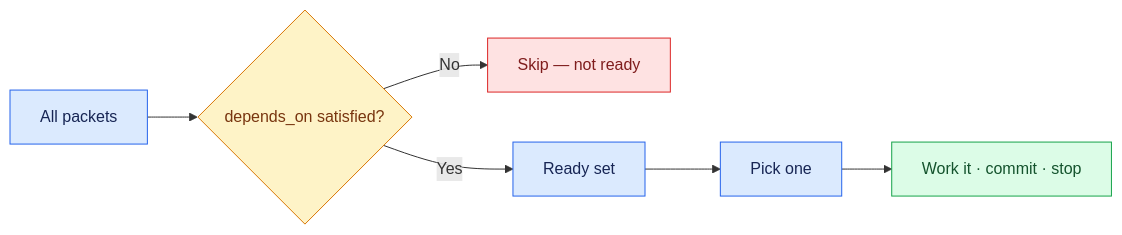
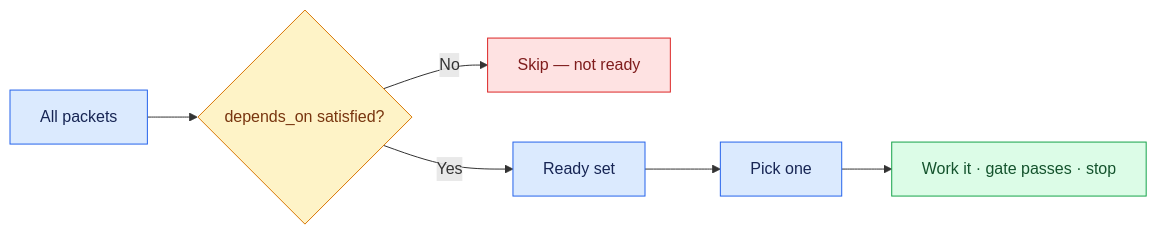
The diagram in live/d3/05-ready-set.md (emersonnaka/uc-transact-co), drawn with Mermaid before and after one commit. The commit also changed other lines of this file and 4 other files, not shown here.

````diff
--- a/live/d3/05-ready-set.md
+++ b/live/d3/05-ready-set.md
@@ -15,18 +17,18 @@
 ```mermaid
 flowchart LR
     A[All packets] --> B{depends_on satisfied?}
     B -->|No| C[Skip — not ready]
     B -->|Yes| D[Ready set]
     D --> E[Pick one]
-    E --> F[Work it · commit · stop]
+    E --> F[Work it · gate passes · stop]
 
     classDef spec fill:#DBEAFE,stroke:#2563EB,color:#172554
     classDef gate fill:#FEF3C7,stroke:#D97706,color:#78350F
     classDef stop fill:#FEE2E2,stroke:#DC2626,color:#7F1D1D
     classDef build fill:#DCFCE7,stroke:#16A34A,color:#14532D
     class A spec
     class B gate
     class C stop
     class D,E spec
     class F build
 ```
````
